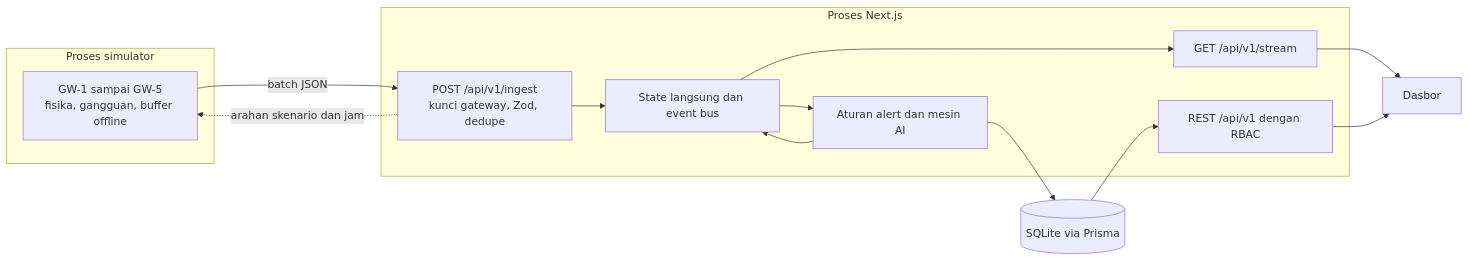
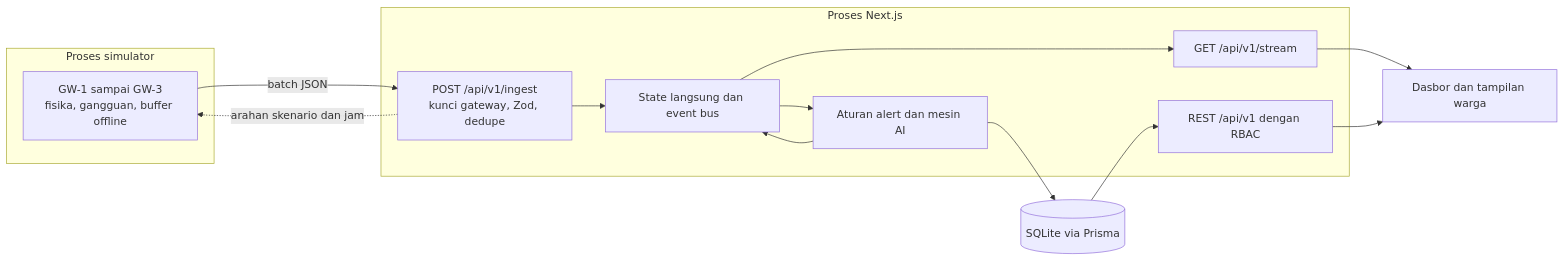
The diagram in README.md (xiletales/doctorpv), drawn with Mermaid before and after one commit. The commit also changed other lines of this file and 90 other files, not shown here.

````diff
--- a/README.md
+++ b/README.md
@@ -35,19 +38,19 @@
 ```mermaid
 flowchart LR
   subgraph SIM["Proses simulator"]
-    GW["GW-1 sampai GW-5<br/>fisika, gangguan, buffer offline"]
+    GW["GW-1 sampai GW-3<br/>fisika, gangguan, buffer offline"]
   end
   subgraph APP["Proses Next.js"]
     ING["POST /api/v1/ingest<br/>kunci gateway, Zod, dedupe"]
     LIVE["State langsung dan event bus"]
     AI["Aturan alert dan mesin AI"]
     API["REST /api/v1 dengan RBAC"]
     SSE["GET /api/v1/stream"]
   end
   DB[("SQLite via Prisma")]
-  UI["Dasbor"]
+  UI["Dasbor dan tampilan warga"]
   GW -->|"batch JSON"| ING --> LIVE --> AI --> DB
   AI --> LIVE --> SSE --> UI
   DB --> API --> UI
   ING -.->|"arahan skenario dan jam"| GW
 ```
````
